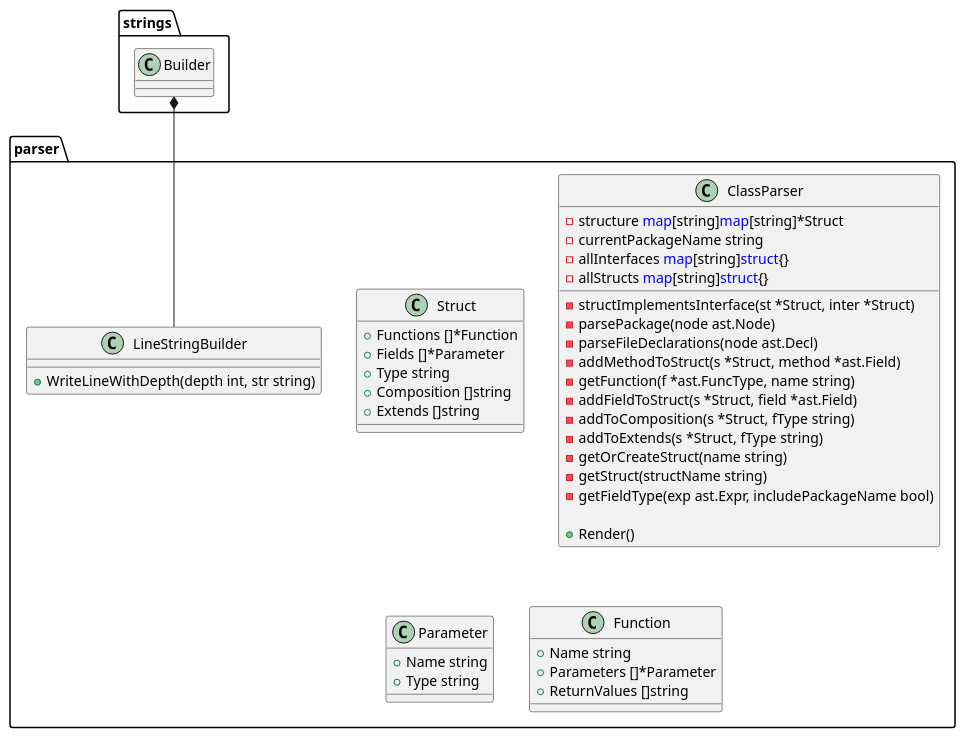
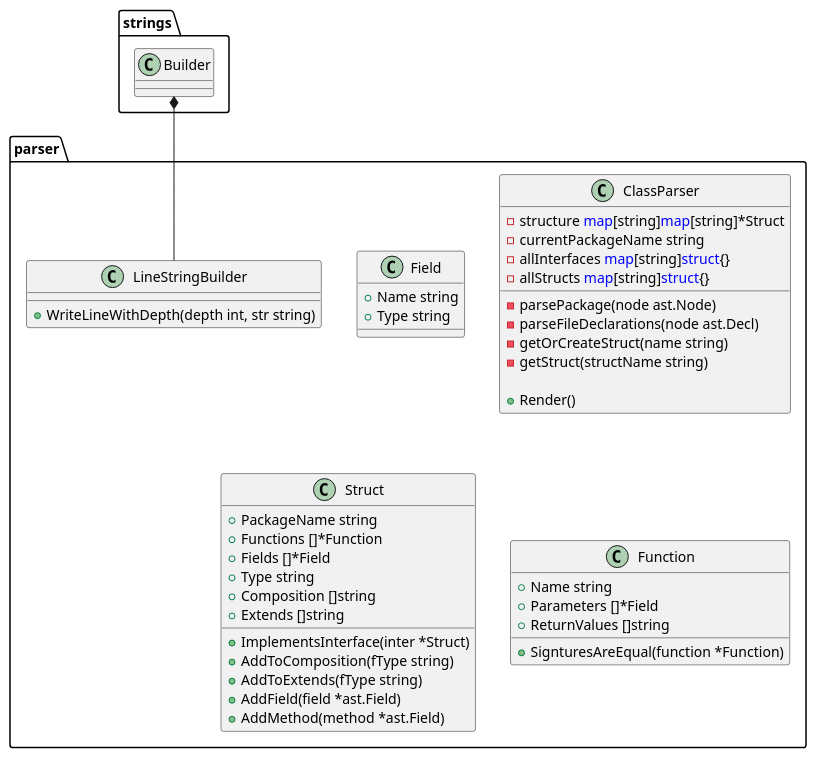
One commit to thgoexpt/PlantUML-Class-Diagram-Generator-for-golang-projects changed the diagram in parser/ClassDiagram.puml. Above: the diagram before and after it, drawn with PlantUML. The commit also changed 7 other files, not shown here.

```diff
--- a/parser/ClassDiagram.puml
+++ b/parser/ClassDiagram.puml
@@ -1,51 +1,53 @@
 @startuml
 namespace parser {
-    class Struct {
-        + Functions []*Function
-        + Fields []*Parameter
+    class Field {
+        + Name string
         + Type string
-        + Composition []string
-        + Extends []string
 
     }
     class LineStringBuilder {
         + WriteLineWithDepth(depth int, str string) 
 
     }
     class ClassParser {
         - structure <font color=blue>map</font>[string]<font color=blue>map</font>[string]*Struct
         - currentPackageName string
         - allInterfaces <font color=blue>map</font>[string]<font color=blue>struct</font>{}
         - allStructs <font color=blue>map</font>[string]<font color=blue>struct</font>{}
 
-        - structImplementsInterface(st *Struct, inter *Struct) 
         - parsePackage(node ast.Node) 
         - parseFileDeclarations(node ast.Decl) 
-        - addMethodToStruct(s *Struct, method *ast.Field) 
-        - getFunction(f *ast.FuncType, name string) 
-        - addFieldToStruct(s *Struct, field *ast.Field) 
-        - addToComposition(s *Struct, fType string) 
-        - addToExtends(s *Struct, fType string) 
         - getOrCreateStruct(name string) 
         - getStruct(structName string) 
-        - getFieldType(exp ast.Expr, includePackageName bool) 
 
         + Render() 
 
     }
-    class Parameter {
-        + Name string
+    class Struct {
+        + PackageName string
+        + Functions []*Function
+        + Fields []*Field
         + Type string
+        + Composition []string
+        + Extends []string
+
+        + ImplementsInterface(inter *Struct) 
+        + AddToComposition(fType string) 
+        + AddToExtends(fType string) 
+        + AddField(field *ast.Field) 
+        + AddMethod(method *ast.Field) 
 
     }
     class Function {
         + Name string
-        + Parameters []*Parameter
+        + Parameters []*Field
         + ReturnValues []string
+
+        + SignturesAreEqual(function *Function) 
 
     }
 }
 strings.Builder *-- parser.LineStringBuilder
 
 
 @enduml
```
